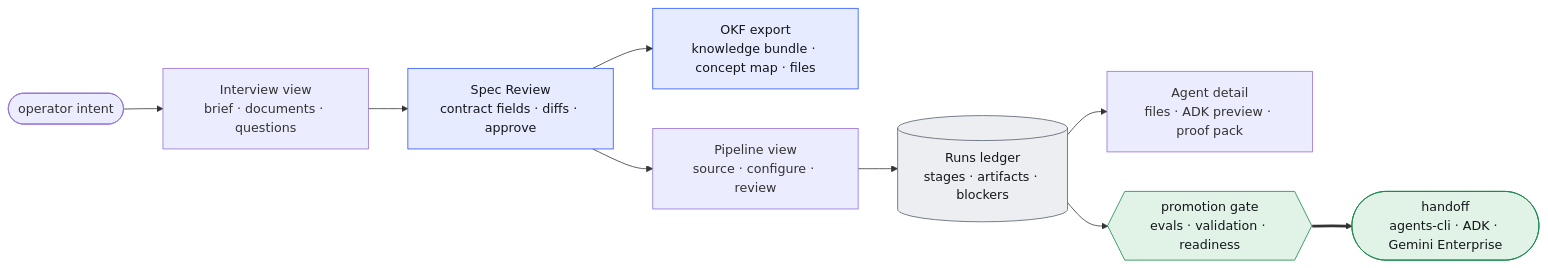
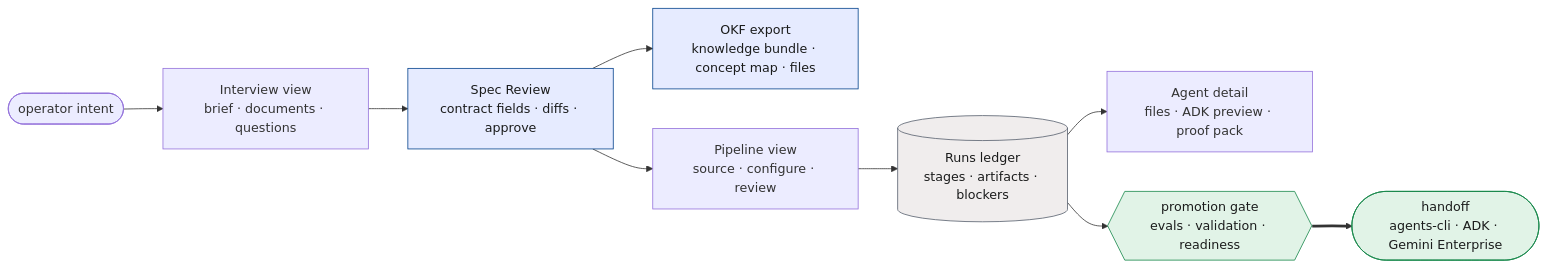
Before and after one commit to vamsiramakrishnan/ge-agent-factory: the diagram in docs/diagrams-src/console-okf-drive-views.mmd, drawn with Mermaid. The commit also changed 75 other files, not shown here.

```diff
--- a/docs/diagrams-src/console-okf-drive-views.mmd
+++ b/docs/diagrams-src/console-okf-drive-views.mmd
@@ -1,16 +1,16 @@
 flowchart LR
   O(["operator intent"]) --> I["Interview view\nbrief · documents · questions"]
   I --> S["Spec Review\ncontract fields · diffs · approve"]
   S --> K["OKF export\nknowledge bundle · concept map · files"]
   S --> P["Pipeline view\nsource · configure · review"]
   P --> R[("Runs ledger\nstages · artifacts · blockers")]
   R --> A["Agent detail\nfiles · ADK preview · proof pack"]
   R --> G{{"promotion gate\nevals · validation · readiness"}}
   G ==> H(["handoff\nagents-cli · ADK · Gemini Enterprise"])
 
-  classDef contract fill:#e6ebff,stroke:#2953ff,color:#14171c
-  classDef system fill:#eceef2,stroke:#565e6c,color:#14171c
-  classDef proof fill:#e1f3e7,stroke:#16874a,color:#14171c
+  classDef contract fill:#e6ebff,stroke:#00408b,color:#1b1c1c
+  classDef system fill:#f0eded,stroke:#565e6c,color:#1b1c1c
+  classDef proof fill:#e1f3e7,stroke:#16874a,color:#1b1c1c
   class S,K contract
   class R system
   class G,H proof
```
